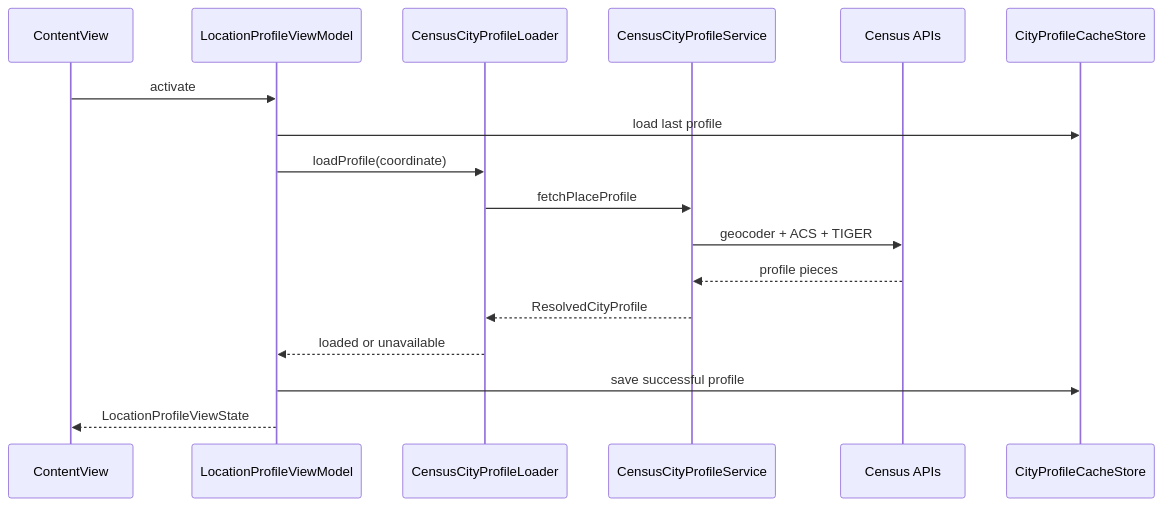
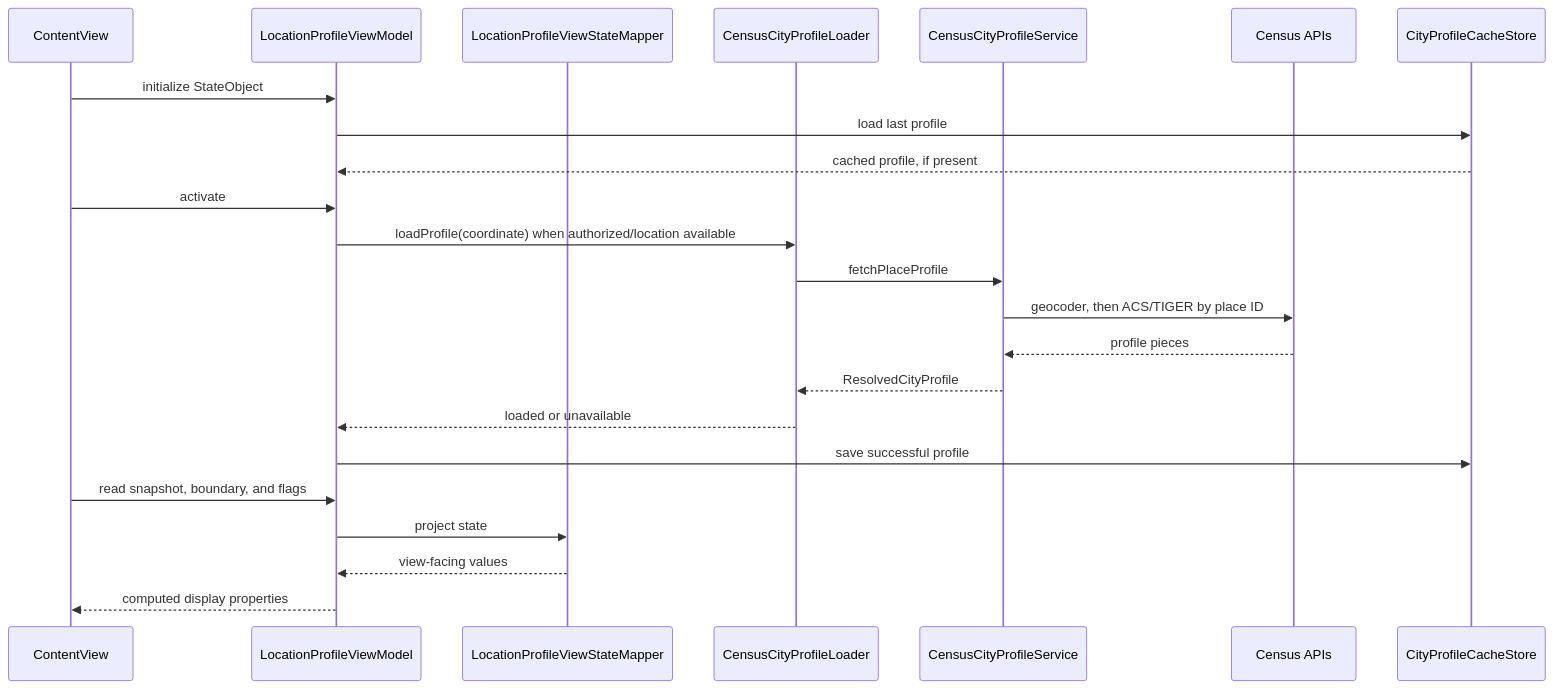
One commit to ChrisMahlke/lociq changed the diagram in docs/architecture.md. Above: the diagram before and after it, drawn with Mermaid. The commit also changed other lines of this file and 2 other files, not shown here.

Commit message:
Correct architecture documentation

````diff
--- a/docs/architecture.md
+++ b/docs/architecture.md
@@ -7,20 +7,26 @@
 ```mermaid
 sequenceDiagram
     participant UI as ContentView
     participant VM as LocationProfileViewModel
+    participant Mapper as LocationProfileViewStateMapper
     participant Loader as CensusCityProfileLoader
     participant Service as CensusCityProfileService
     participant Census as Census APIs
     participant Cache as CityProfileCacheStore
 
+    UI->>VM: initialize StateObject
+    VM->>Cache: load last profile
+    Cache-->>VM: cached profile, if present
     UI->>VM: activate
-    VM->>Cache: load last profile
-    VM->>Loader: loadProfile(coordinate)
+    VM->>Loader: loadProfile(coordinate) when authorized/location available
     Loader->>Service: fetchPlaceProfile
-    Service->>Census: geocoder + ACS + TIGER
+    Service->>Census: geocoder, then ACS/TIGER by place ID
     Census-->>Service: profile pieces
     Service-->>Loader: ResolvedCityProfile
     Loader-->>VM: loaded or unavailable
     VM->>Cache: save successful profile
-    VM-->>UI: LocationProfileViewState
+    UI->>VM: read snapshot, boundary, and flags
+    VM->>Mapper: project state
+    Mapper-->>VM: view-facing values
+    VM-->>UI: computed display properties
 ```
````
